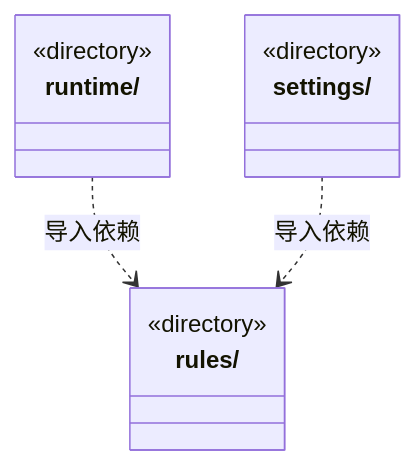
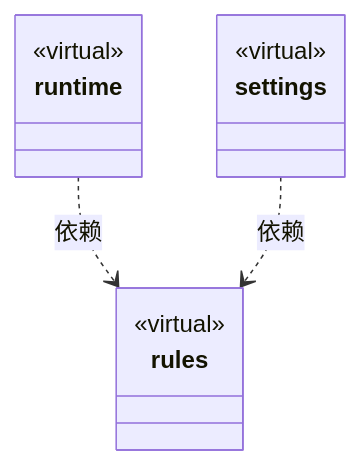
The diagram in src/logic/budget/ARCHITECTURE.md (nan023062/cbim), drawn with Mermaid before and after one commit. The commit also changed other lines of this file and 158 other files, not shown here.

Commit message:
docs: model architecture through nested virtual encapsulations

````diff
--- a/src/logic/budget/ARCHITECTURE.md
+++ b/src/logic/budget/ARCHITECTURE.md
@@ -35,14 +17,17 @@
 ```mermaid
 classDiagram
-class N_src_logic_budget_rules["rules/"] {
-  <<directory>>
+class N_5f5cbd6a37cc["rules"] {
+  <<virtual>>
 }
-class N_src_logic_budget_runtime["runtime/"] {
-  <<directory>>
+click N_5f5cbd6a37cc href "rules/ARCHITECTURE.md"
+class N_0f216fe40886["runtime"] {
+  <<virtual>>
 }
-class N_src_logic_budget_settings["settings/"] {
-  <<directory>>
+click N_0f216fe40886 href "runtime/ARCHITECTURE.md"
+class N_d777e41242f3["settings"] {
+  <<virtual>>
 }
-N_src_logic_budget_runtime ..> N_src_logic_budget_rules : 导入依赖
-N_src_logic_budget_settings ..> N_src_logic_budget_rules : 导入依赖
+click N_d777e41242f3 href "settings/ARCHITECTURE.md"
+N_0f216fe40886 ..> N_5f5cbd6a37cc : 依赖
+N_d777e41242f3 ..> N_5f5cbd6a37cc : 依赖
 ```
````
